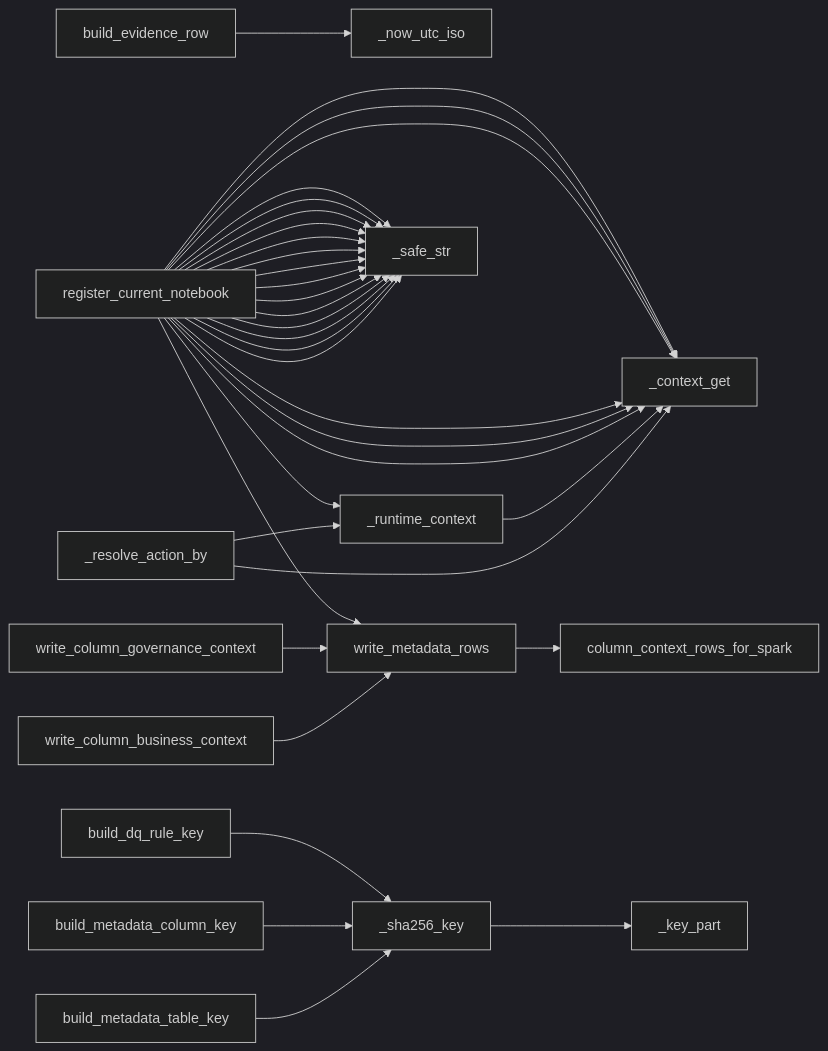
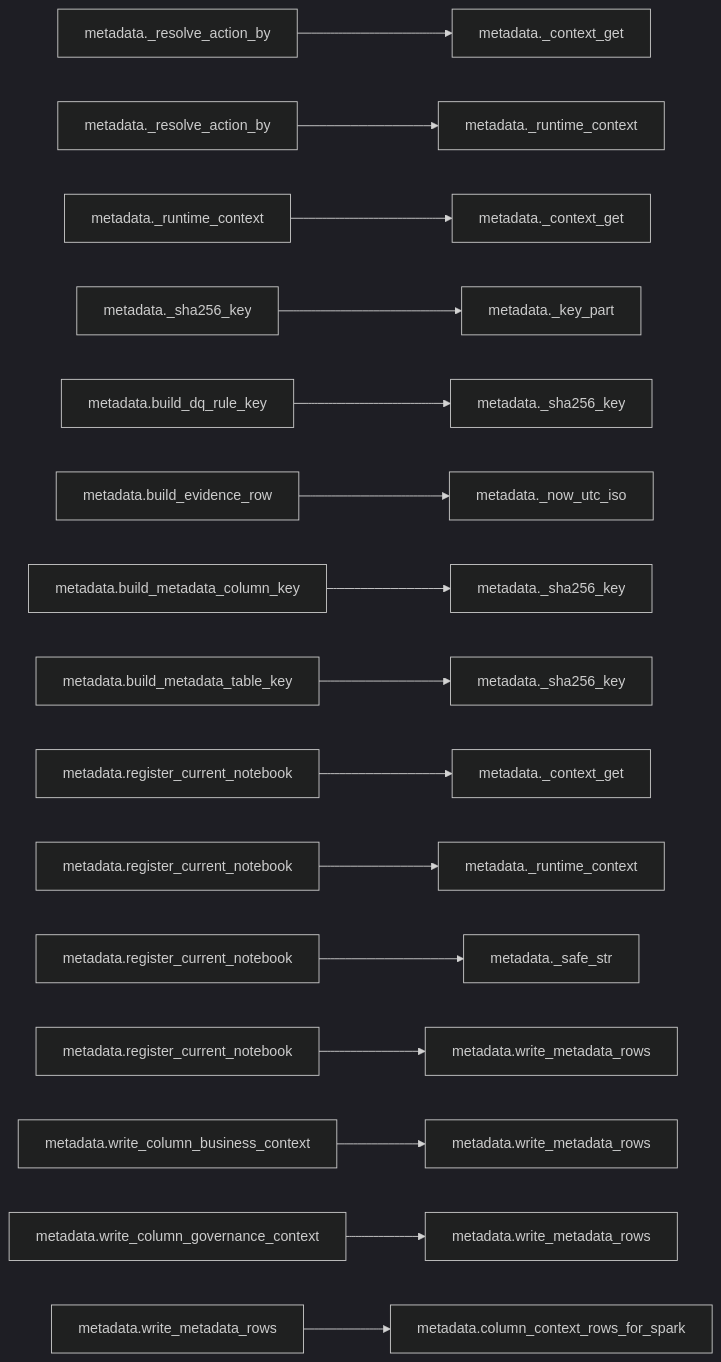
The first of 2 diagrams in docs/api/modules/metadata.md (Voycepeh/FabricOps-Starter-Kit), drawn with Mermaid (dark theme) before and after one commit. The commit also changed other lines of this file and 14 other files, not shown here.

Commit message:
Polish dependency graph rendering and module docs UX

````diff
--- a/docs/api/modules/metadata.md
+++ b/docs/api/modules/metadata.md
@@ -41,36 +39,18 @@
 ```mermaid
 flowchart LR
-  build_evidence_row --> _now_utc_iso
-  _resolve_action_by --> _runtime_context
-  _resolve_action_by --> _context_get
-  _sha256_key --> _key_part
-  build_metadata_table_key --> _sha256_key
-  build_metadata_column_key --> _sha256_key
-  build_dq_rule_key --> _sha256_key
-  write_metadata_rows --> column_context_rows_for_spark
-  write_column_business_context --> write_metadata_rows
-  write_column_governance_context --> write_metadata_rows
-  _runtime_context --> _context_get
-  register_current_notebook --> _runtime_context
-  register_current_notebook --> _context_get
-  register_current_notebook --> _context_get
-  register_current_notebook --> _context_get
-  register_current_notebook --> _context_get
-  register_current_notebook --> _context_get
-  register_current_notebook --> write_metadata_rows
-  register_current_notebook --> _context_get
-  register_current_notebook --> _safe_str
-  register_current_notebook --> _safe_str
-  register_current_notebook --> _safe_str
-  register_current_notebook --> _safe_str
-  register_current_notebook --> _safe_str
-  register_current_notebook --> _safe_str
-  register_current_notebook --> _safe_str
-  register_current_notebook --> _safe_str
-  register_current_notebook --> _safe_str
-  register_current_notebook --> _safe_str
-  register_current_notebook --> _safe_str
-  register_current_notebook --> _safe_str
-  register_current_notebook --> _safe_str
-  register_current_notebook --> _safe_str
+  n1["metadata._resolve_action_by"] --> n1b["metadata._context_get"]
+  n2["metadata._resolve_action_by"] --> n2b["metadata._runtime_context"]
+  n3["metadata._runtime_context"] --> n3b["metadata._context_get"]
+  n4["metadata._sha256_key"] --> n4b["metadata._key_part"]
+  n5["metadata.build_dq_rule_key"] --> n5b["metadata._sha256_key"]
+  n6["metadata.build_evidence_row"] --> n6b["metadata._now_utc_iso"]
+  n7["metadata.build_metadata_column_key"] --> n7b["metadata._sha256_key"]
+  n8["metadata.build_metadata_table_key"] --> n8b["metadata._sha256_key"]
+  n9["metadata.register_current_notebook"] --> n9b["metadata._context_get"]
+  n10["metadata.register_current_notebook"] --> n10b["metadata._runtime_context"]
+  n11["metadata.register_current_notebook"] --> n11b["metadata._safe_str"]
+  n12["metadata.register_current_notebook"] --> n12b["metadata.write_metadata_rows"]
+  n13["metadata.write_column_business_context"] --> n13b["metadata.write_metadata_rows"]
+  n14["metadata.write_column_governance_context"] --> n14b["metadata.write_metadata_rows"]
+  n15["metadata.write_metadata_rows"] --> n15b["metadata.column_context_rows_for_spark"]
 ```
````
